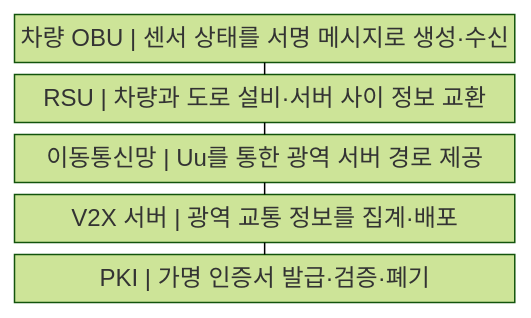
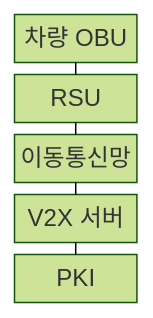
The first of 2 diagrams in src/content/docs/notes/04-network/049_v2x_vehicle_to_everything.md (agnusdei1207/knowledge-base), drawn with Mermaid (forest theme) before and after one commit. The commit also changed 122 other files, not shown here.

````diff
--- a/src/content/docs/notes/04-network/049_v2x_vehicle_to_everything.md
+++ b/src/content/docs/notes/04-network/049_v2x_vehicle_to_everything.md
@@ -56,13 +56,13 @@
 ```mermaid
-block
+block-beta
     columns 1
-    A["차량 OBU | 센서 상태를 서명 메시지로 생성·수신"]
-    B["RSU | 차량과 도로 설비·서버 사이 정보 교환"]
-    C["이동통신망 | Uu를 통한 광역 서버 경로 제공"]
-    D["V2X 서버 | 광역 교통 정보를 집계·배포"]
-    E["PKI | 가명 인증서 발급·검증·폐기"]
+    A["차량 OBU"]
+    B["RSU"]
+    C["이동통신망"]
+    D["V2X 서버"]
+    E["PKI"]
     A --- B
     B --- C
     C --- D
     D --- E
 ```
````
